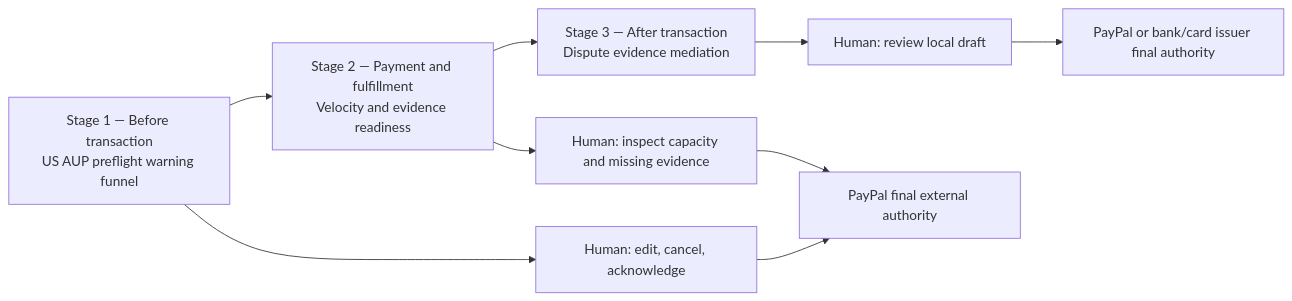
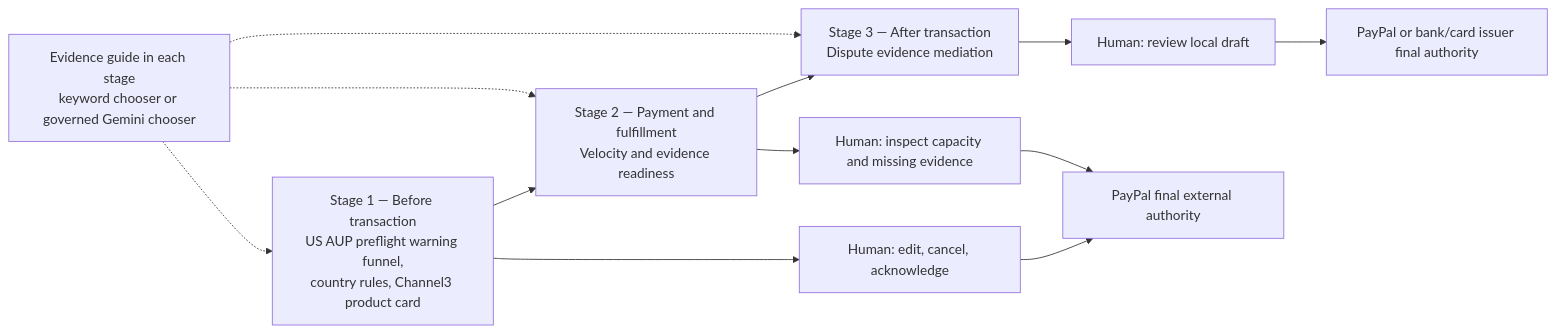
The second of 3 diagrams in docs/decisions/2026Q4/architecture.md (jiarong0423/payguard-ai), drawn with Mermaid before and after one commit. The commit also changed other lines of this file and 99 other files, not shown here.

Commit message:
Public release 2026-11-05: two real Sandbox evidence sends with masked receipts, Proof page, diagrams (PNG, SVG, Mermaid), unmasked-id guard, wording

````diff
--- a/docs/decisions/2026Q4/architecture.md
+++ b/docs/decisions/2026Q4/architecture.md
@@ -60,11 +62,14 @@
 ```mermaid
 flowchart LR
-  S1["Stage 1 — Before transaction<br/>US AUP preflight warning funnel"] --> S2["Stage 2 — Payment and fulfillment<br/>Velocity and evidence readiness"]
+  S1["Stage 1 — Before transaction<br/>US AUP preflight warning funnel,<br/>country rules, Channel3 product card"] --> S2["Stage 2 — Payment and fulfillment<br/>Velocity and evidence readiness"]
   S2 --> S3["Stage 3 — After transaction<br/>Dispute evidence mediation"]
   S1 --> H1["Human: edit, cancel, acknowledge"]
   S2 --> H2["Human: inspect capacity and missing evidence"]
   S3 --> H3["Human: review local draft"]
+  G["Evidence guide in each stage<br/>keyword chooser or governed Gemini chooser"] -.-> S1
+  G -.-> S2
+  G -.-> S3
   H1 --> P["PayPal final external authority"]
   H2 --> P
   H3 --> A["PayPal or bank/card issuer final authority"]
 ```
````
